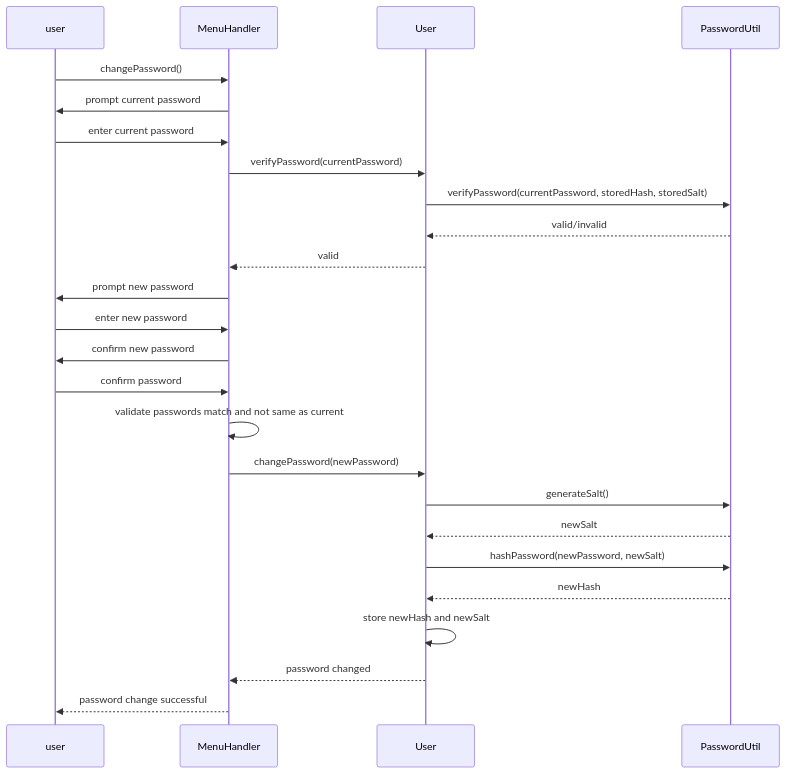
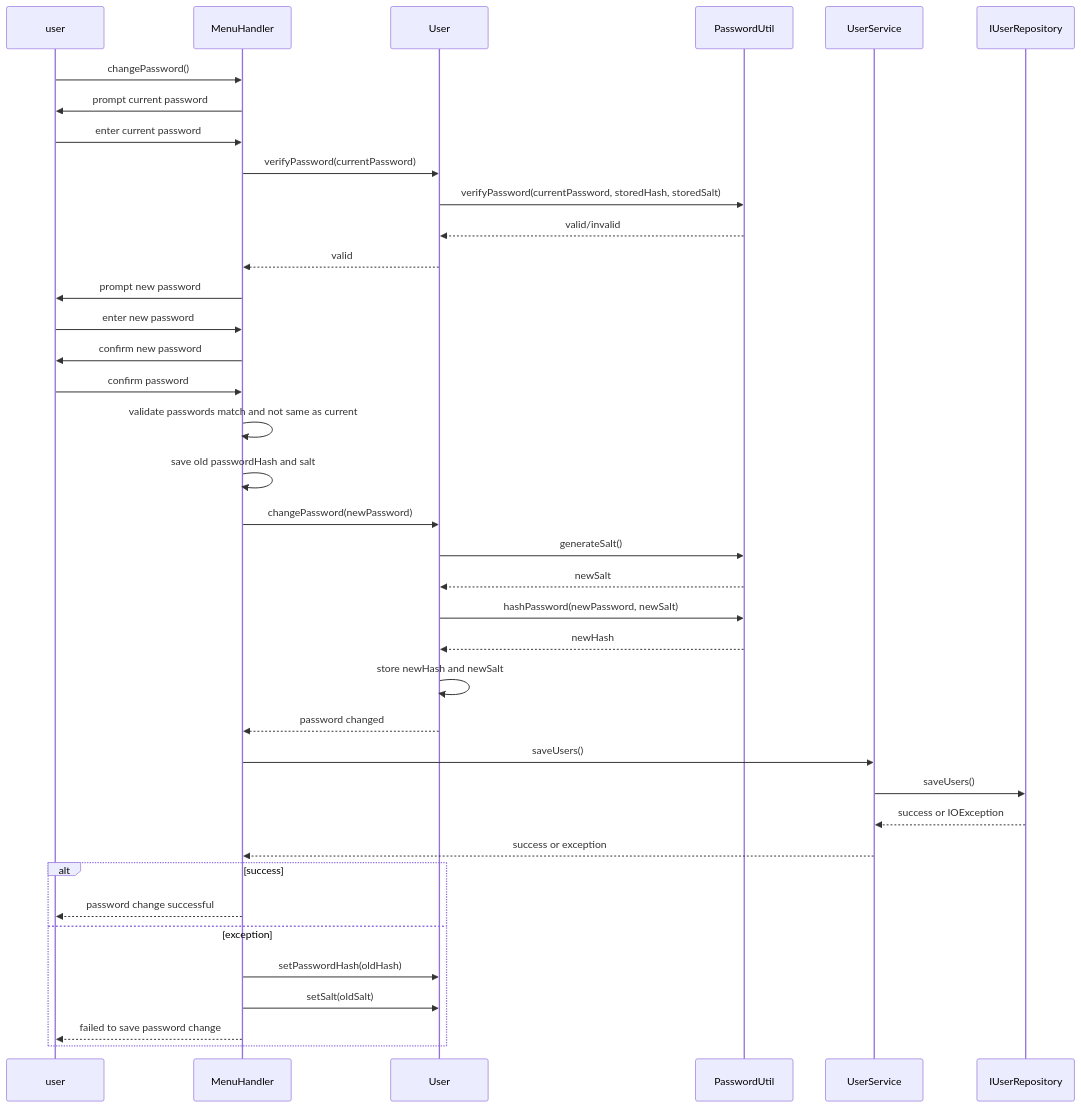
One commit to AY25-26-Sem-1-SC2002-SDDA-Group-1/sc2002-oop-assignment changed diagram 18 of 24 in docs/UML.md. Above: the diagram before and after it, drawn with Mermaid. The commit also changed other lines of this file and 13 other files, not shown here.

````diff
--- a/docs/UML.md
+++ b/docs/UML.md
@@ -1090,29 +902,42 @@
 ```mermaid
 sequenceDiagram
     participant user
     participant MenuHandler
     participant User
     participant PasswordUtil
+    participant UserService
+    participant IUserRepository
 
     user->>MenuHandler: changePassword()
     MenuHandler->>user: prompt current password
     user->>MenuHandler: enter current password
     MenuHandler->>User: verifyPassword(currentPassword)
     User->>PasswordUtil: verifyPassword(currentPassword, storedHash, storedSalt)
     PasswordUtil-->>User: valid/invalid
     User-->>MenuHandler: valid
     MenuHandler->>user: prompt new password
     user->>MenuHandler: enter new password
     MenuHandler->>user: confirm new password
     user->>MenuHandler: confirm password
     MenuHandler->>MenuHandler: validate passwords match and not same as current
+    MenuHandler->>MenuHandler: save old passwordHash and salt
     MenuHandler->>User: changePassword(newPassword)
     User->>PasswordUtil: generateSalt()
     PasswordUtil-->>User: newSalt
     User->>PasswordUtil: hashPassword(newPassword, newSalt)
     PasswordUtil-->>User: newHash
     User->>User: store newHash and newSalt
     User-->>MenuHandler: password changed
-    MenuHandler-->>user: password change successful
+    MenuHandler->>UserService: saveUsers()
+    UserService->>IUserRepository: saveUsers()
+    IUserRepository-->>UserService: success or IOException
+    UserService-->>MenuHandler: success or exception
+    alt success
+        MenuHandler-->>user: password change successful
+    else exception
+        MenuHandler->>User: setPasswordHash(oldHash)
+        MenuHandler->>User: setSalt(oldSalt)
+        MenuHandler-->>user: failed to save password change
+    end
 
 ```
````
